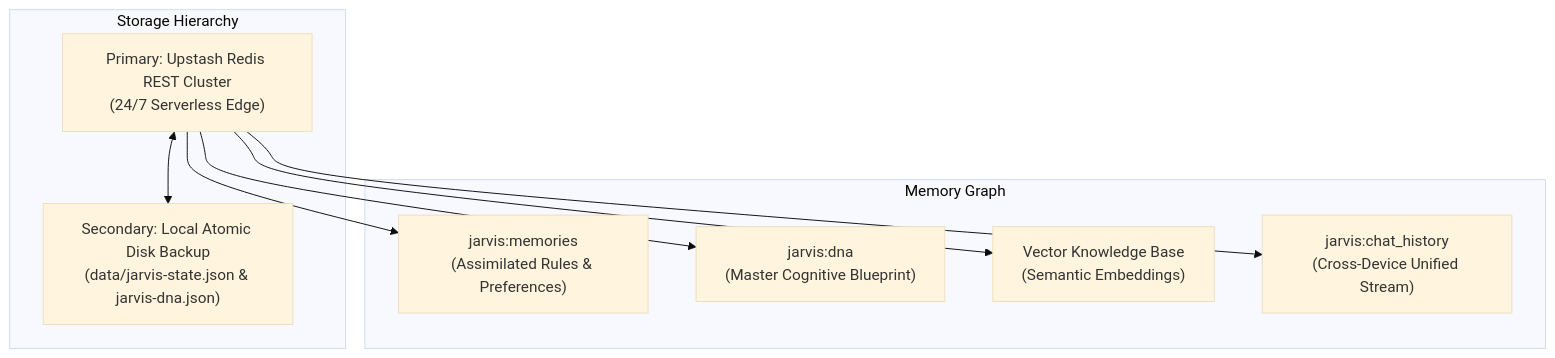
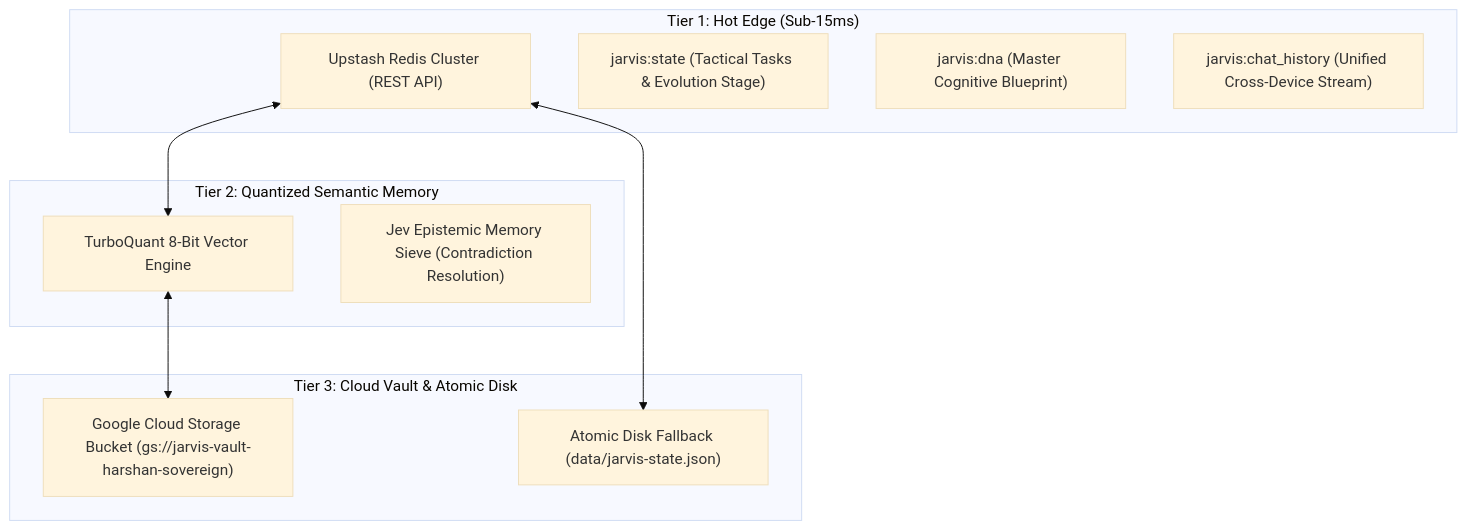
Before and after one commit to harshansarvaiya/jarvis: the fifth of 6 diagrams in README.md, drawn with Mermaid (base theme). The commit also changed other lines of this file and 1 other file, not shown here.

Commit message:
docs: overhaul README with Staff/Principal systems architecture specification [Directive 05]

````diff
--- a/README.md
+++ b/README.md
@@ -107,20 +190,23 @@
 ```mermaid
 graph TD
-    subgraph Storage Hierarchy
-        CloudEdge["Primary: Upstash Redis REST Cluster<br>(24/7 Serverless Edge)"]
-        LocalDisk["Secondary: Local Atomic Disk Backup<br>(data/jarvis-state.json & jarvis-dna.json)"]
+    subgraph Hot Tier ["Tier 1: Hot Edge (Sub-15ms)"]
+        Redis["Upstash Redis Cluster (REST API)"]
+        State["jarvis:state (Tactical Tasks & Evolution Stage)"]
+        DNA["jarvis:dna (Master Cognitive Blueprint)"]
+        History["jarvis:chat_history (Unified Cross-Device Stream)"]
     end
 
-    subgraph Memory Graph
-        Memories["jarvis:memories<br>(Assimilated Rules & Preferences)"]
-        DNA["jarvis:dna<br>(Master Cognitive Blueprint)"]
-        RAG["Vector Knowledge Base<br>(Semantic Embeddings)"]
-        Chat["jarvis:chat_history<br>(Cross-Device Unified Stream)"]
+    subgraph Warm Tier ["Tier 2: Quantized Semantic Memory"]
+        TurboQuant["TurboQuant 8-Bit Vector Engine"]
+        Jev["Jev Epistemic Memory Sieve (Contradiction Resolution)"]
     end
 
-    CloudEdge <--> LocalDisk
-    CloudEdge --> Memories
-    CloudEdge --> DNA
-    CloudEdge --> RAG
-    CloudEdge --> Chat
+    subgraph Cold Tier ["Tier 3: Cloud Vault & Atomic Disk"]
+        GCS["Google Cloud Storage Bucket (gs://jarvis-vault-harshan-sovereign)"]
+        LocalBackup["Atomic Disk Fallback (data/jarvis-state.json)"]
+    end
+
+    Redis <--> TurboQuant
+    TurboQuant <--> GCS
+    Redis <--> LocalBackup
 ```
````
